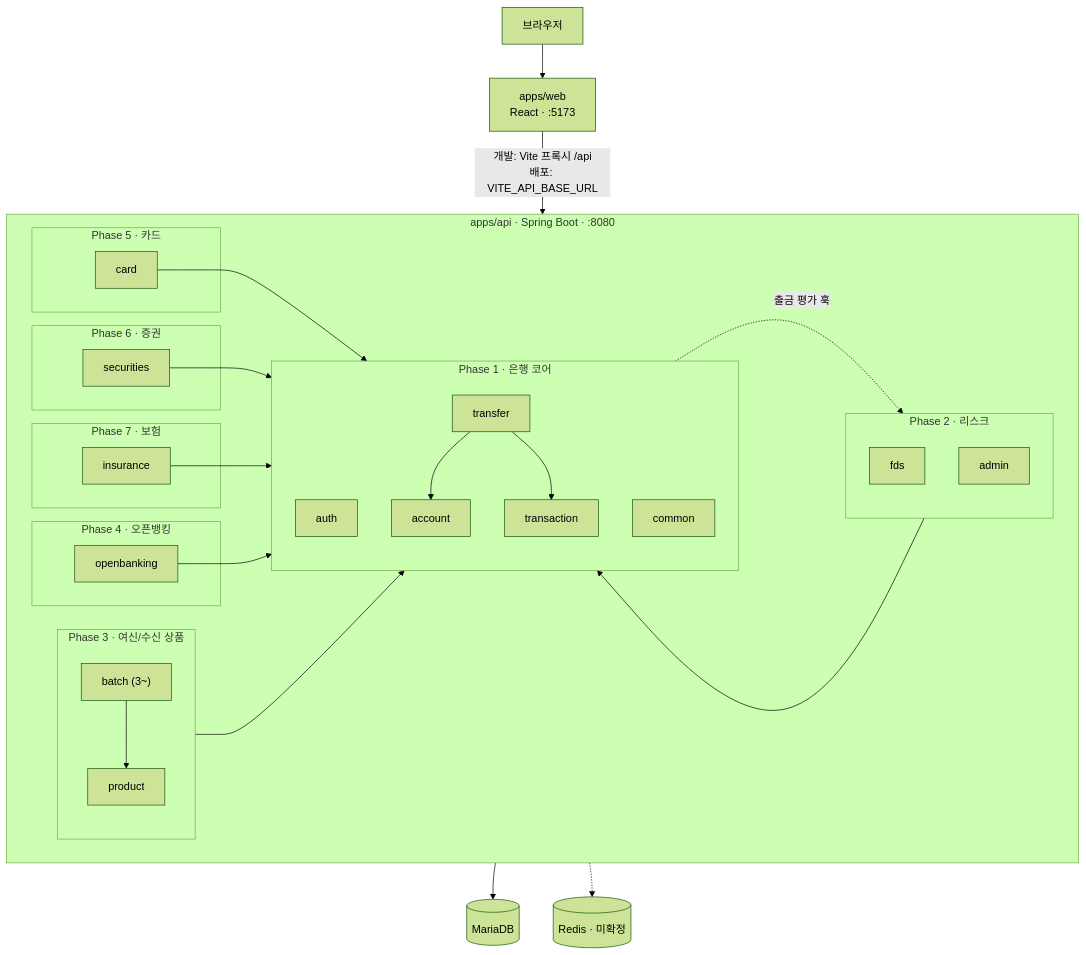
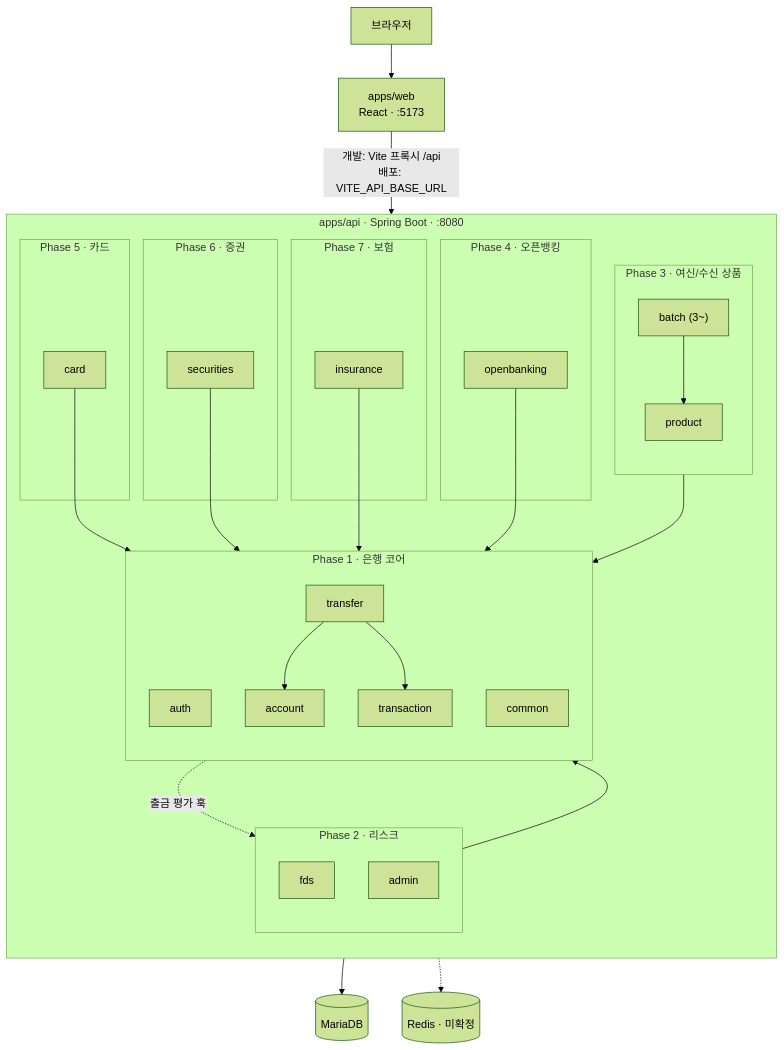
Before and after one commit to ShinhanDSProject/talking-bank: the diagram in docs/03-tech-stack.md, drawn with Mermaid (forest theme).

Commit message:
docs: 03 아키텍처 다이어그램의 api 내부 배치를 TB로

````diff
--- a/docs/03-tech-stack.md
+++ b/docs/03-tech-stack.md
@@ -41,49 +41,49 @@
 ```mermaid
 flowchart TB
     browser[브라우저] --> web["apps/web<br/>React · :5173"]
     web -->|"개발: Vite 프록시 /api<br/>배포: VITE_API_BASE_URL"| api
 
     subgraph api["apps/api · Spring Boot · :8080"]
-        direction LR
+        direction TB
         subgraph core["Phase 1 · 은행 코어"]
             direction TB
             auth[auth]
             common[common]
             transfer[transfer] --> account[account]
             transfer --> transaction[transaction]
         end
         subgraph p2["Phase 2 · 리스크"]
             direction TB
             fds[fds]
             admin[admin]
         end
         subgraph p3["Phase 3 · 여신/수신 상품"]
             direction TB
             product[product]
             batch["batch (3~)"]
         end
         subgraph p4["Phase 4 · 오픈뱅킹"]
             openbanking[openbanking]
         end
         subgraph p5["Phase 5 · 카드"]
             card[card]
         end
         subgraph p6["Phase 6 · 증권"]
             securities[securities]
         end
         subgraph p7["Phase 7 · 보험"]
             insurance[insurance]
         end
         transfer -. 출금 평가 훅 .-> fds
         product --> transfer
         card --> transfer
         securities --> transfer
         insurance --> transfer
         openbanking --> account
         admin --> transaction
         batch --> product
     end
 
     api --> db[(MariaDB)]
     api -.-> redis[(Redis · 미확정)]
 ```
````
